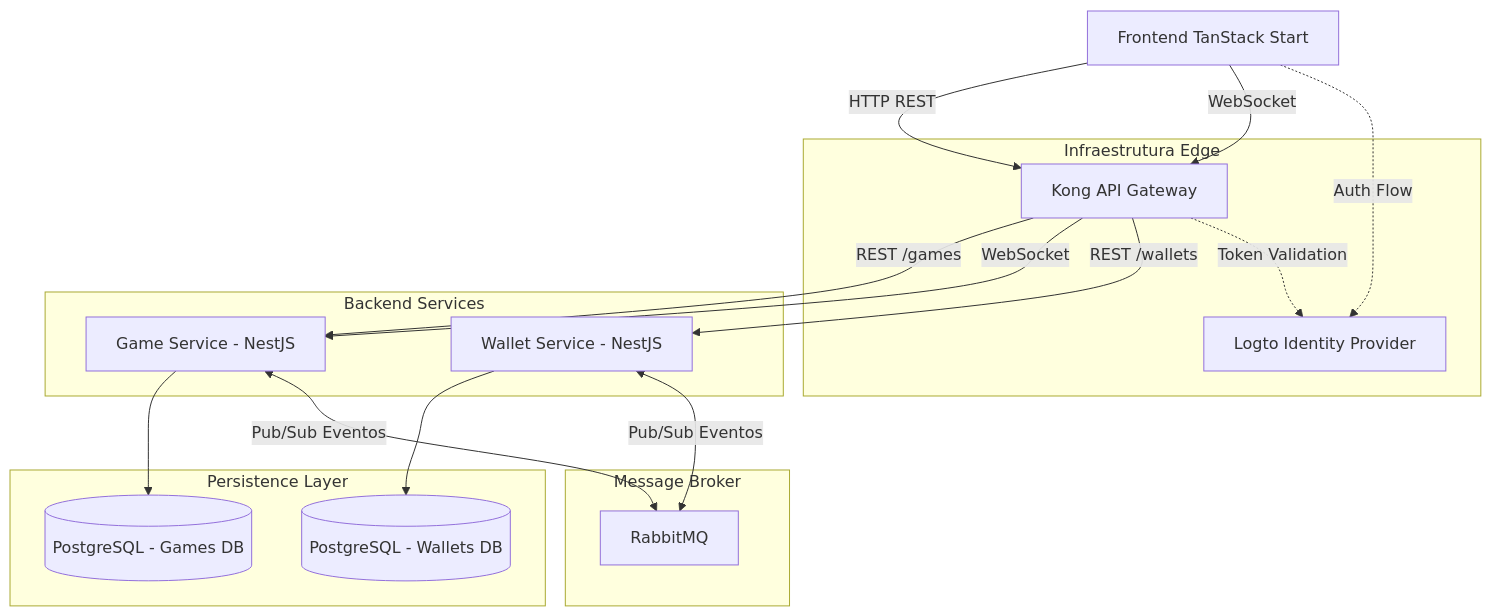
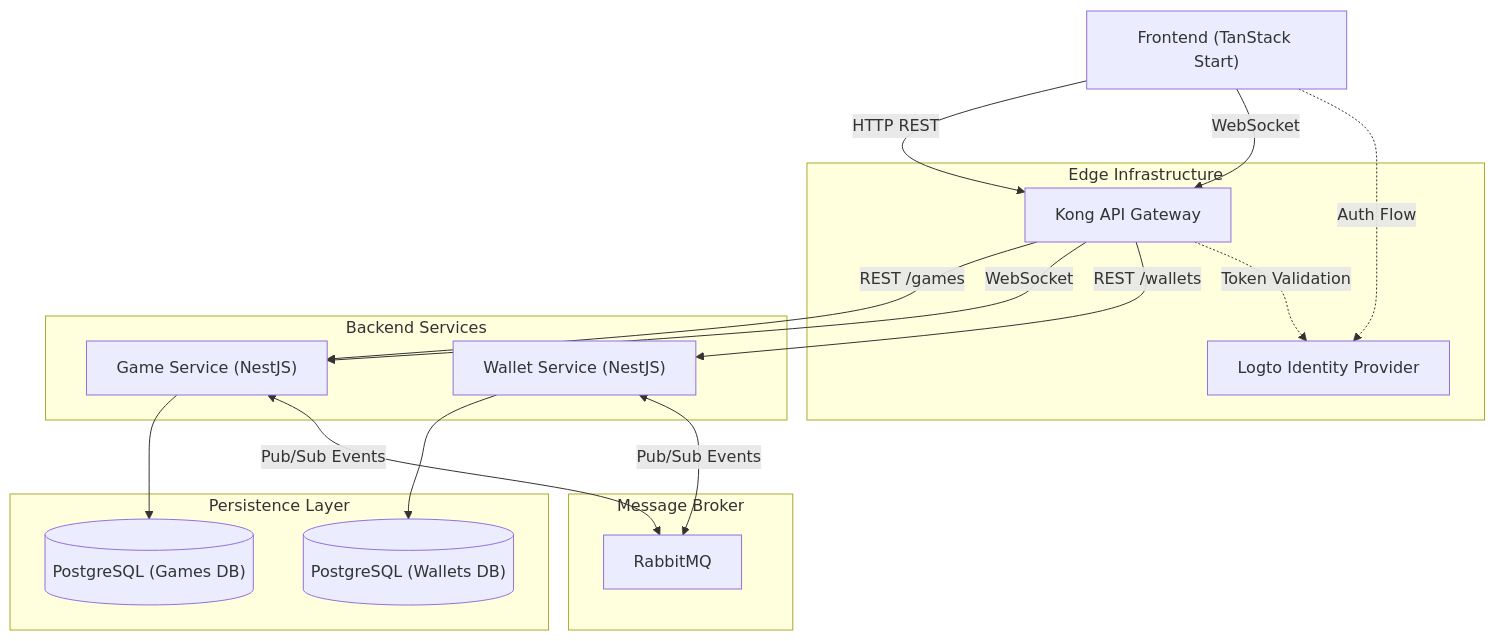
One commit to micaelcf/crash-game-cassino changed the diagram in docs/architecture.md. Above: the diagram before and after it, drawn with Mermaid. The commit also changed other lines of this file and 11 other files, not shown here.

First line of the commit message:
:memo: docs: rewrite architecture and challenge guidance

````diff
--- a/docs/architecture.md
+++ b/docs/architecture.md
@@ -7,35 +9,35 @@
 ```mermaid
 graph TD
-    Client[Frontend TanStack Start] -->|HTTP REST| API_Gateway
+    Client["Frontend (TanStack Start)"] -->|HTTP REST| API_Gateway
     Client -->|WebSocket| API_Gateway
 
-    subgraph Infraestrutura Edge
-        API_Gateway[Kong API Gateway]
-        IdP[Logto Identity Provider]
+    subgraph Edge Infrastructure
+        API_Gateway["Kong API Gateway"]
+        IdP["Logto Identity Provider"]
     end
 
     API_Gateway -->|REST /games| Game_Service
     API_Gateway -->|WebSocket| Game_Service
     API_Gateway -->|REST /wallets| Wallet_Service
 
     Client -.->|Auth Flow| IdP
     API_Gateway -.->|Token Validation| IdP
 
     subgraph Backend Services
-        Game_Service[Game Service - NestJS]
-        Wallet_Service[Wallet Service - NestJS]
+        Game_Service["Game Service (NestJS)"]
+        Wallet_Service["Wallet Service (NestJS)"]
     end
 
     subgraph Persistence Layer
-        DB_Games[(PostgreSQL - Games DB)]
-        DB_Wallets[(PostgreSQL - Wallets DB)]
+        DB_Games[("PostgreSQL (Games DB)")]
+        DB_Wallets[("PostgreSQL (Wallets DB)")]
         Game_Service --> DB_Games
         Wallet_Service --> DB_Wallets
     end
 
     subgraph Message Broker
-        RMQ[RabbitMQ]
-        Game_Service <-->|Pub/Sub Eventos| RMQ
-        Wallet_Service <-->|Pub/Sub Eventos| RMQ
+        RMQ["RabbitMQ"]
+        Game_Service <-->|Pub/Sub Events| RMQ
+        Wallet_Service <-->|Pub/Sub Events| RMQ
     end
 ```
````
